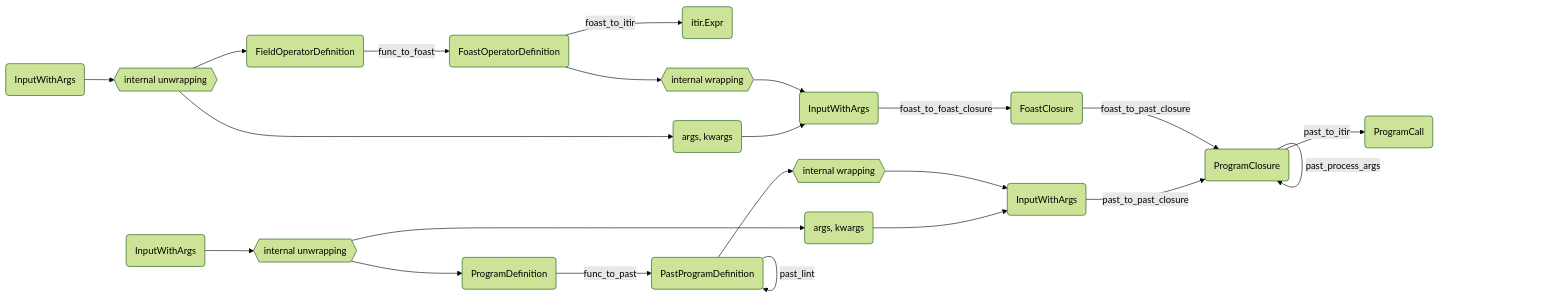
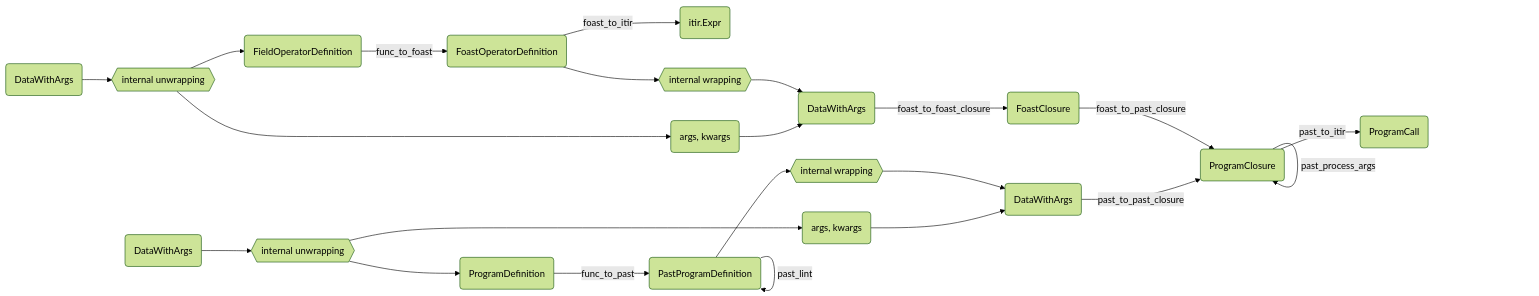
The first of 11 diagrams in docs/user/next/advanced/ToolchainWalkthrough.md (GridTools/gt4py), drawn with Mermaid (forest theme) before and after one commit. The commit also changed other lines of this file and 6 other files, not shown here.

Commit message:
generalize InputWithArgs to DataWithArgs

````diff
--- a/docs/user/next/advanced/ToolchainWalkthrough.md
+++ b/docs/user/next/advanced/ToolchainWalkthrough.md
@@ -22,26 +22,26 @@
 ```mermaid
 graph LR
 
 fdef(FieldOperatorDefinition) -->|func_to_foast| foast(FoastOperatorDefinition)
 foast -->|foast_to_itir| itir_expr(itir.Expr)
 foasta -->|foast_to_foast_closure| fclos(FoastClosure)
 fclos -->|foast_to_past_closure| pclos(PastClosure)
 pclos -->|past_process_args| pclos
 pclos -->|past_to_itir| pcall(ProgramCall)
 
 pdef(ProgramDefinition) -->|func_to_past| past(PastProgramDefinition)
 past -->|past_lint| past
 pasta -->|past_to_past_closure| pclos(ProgramClosure)
 
-fdefa(InputWithArgs) --> fuwr{{"internal unwrapping"}} --> fdef
+fdefa(DataWithArgs) --> fuwr{{"internal unwrapping"}} --> fdef
 fuwr --> fargs(args, kwargs)
 
-foast --> fiwr{{"internal wrapping"}} --> foasta(InputWithArgs)
+foast --> fiwr{{"internal wrapping"}} --> foasta(DataWithArgs)
 fargs --> foasta
 
-pdefa(InputWithArgs) --> puwr{{"internal unwrapping"}} --> pdef
+pdefa(DataWithArgs) --> puwr{{"internal unwrapping"}} --> pdef
 puwr --> pargs(args, kwargs)
 
-past --> piwr{{"internal wrapping"}} --> pasta(InputWithArgs)
+past --> piwr{{"internal wrapping"}} --> pasta(DataWithArgs)
 pargs --> pasta
 ```
````
